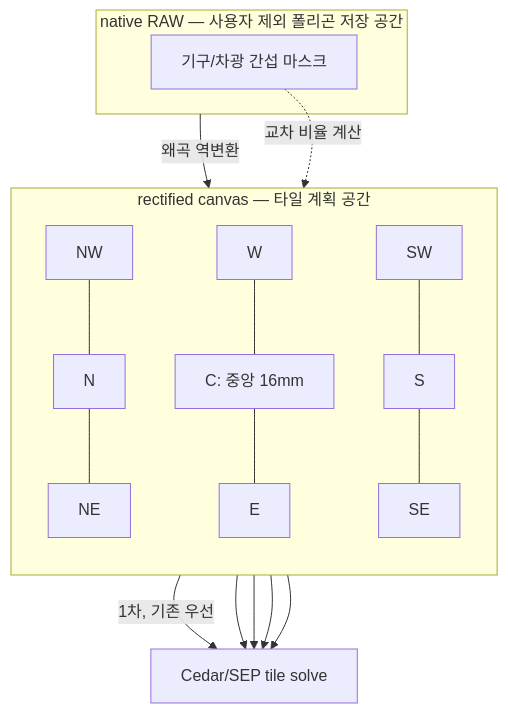
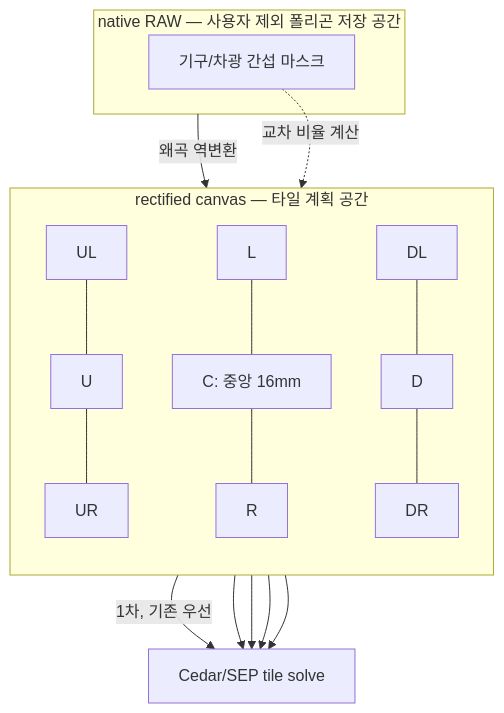
The second of 4 diagrams in docs/mf_dev/mf_wide_angle_solver_design_ko.md (hjoungjoo/MF_PiFinder), drawn with Mermaid before and after one commit. The commit also changed other lines of this file and 12 other files, not shown here.

````diff
--- a/docs/mf_dev/mf_wide_angle_solver_design_ko.md
+++ b/docs/mf_dev/mf_wide_angle_solver_design_ko.md
@@ -284,19 +284,19 @@
 ```mermaid
 flowchart TB
     subgraph native["native RAW — 사용자 제외 폴리곤 저장 공간"]
       mask["기구/차광 간섭 마스크"]
     end
     subgraph rect["rectified canvas — 타일 계획 공간"]
       direction TB
-      nw["NW"] --- n["N"] --- ne["NE"]
-      w["W"] --- c["C: 중앙 16mm"] --- e["E"]
-      sw["SW"] --- s["S"] --- se["SE"]
+      ul["UL"] --- u["U"] --- ur["UR"]
+      l["L"] --- c["C: 중앙 16mm"] --- r["R"]
+      dl["DL"] --- d["D"] --- dr["DR"]
     end
     native -->|"왜곡 역변환"| rect
     mask -. "교차 비율 계산" .-> rect
     c -->|"1차, 기존 우선"| solve["Cedar/SEP tile solve"]
-    n --> solve
-    e --> solve
-    s --> solve
-    w --> solve
+    u --> solve
+    r --> solve
+    d --> solve
+    l --> solve
 ```
````
